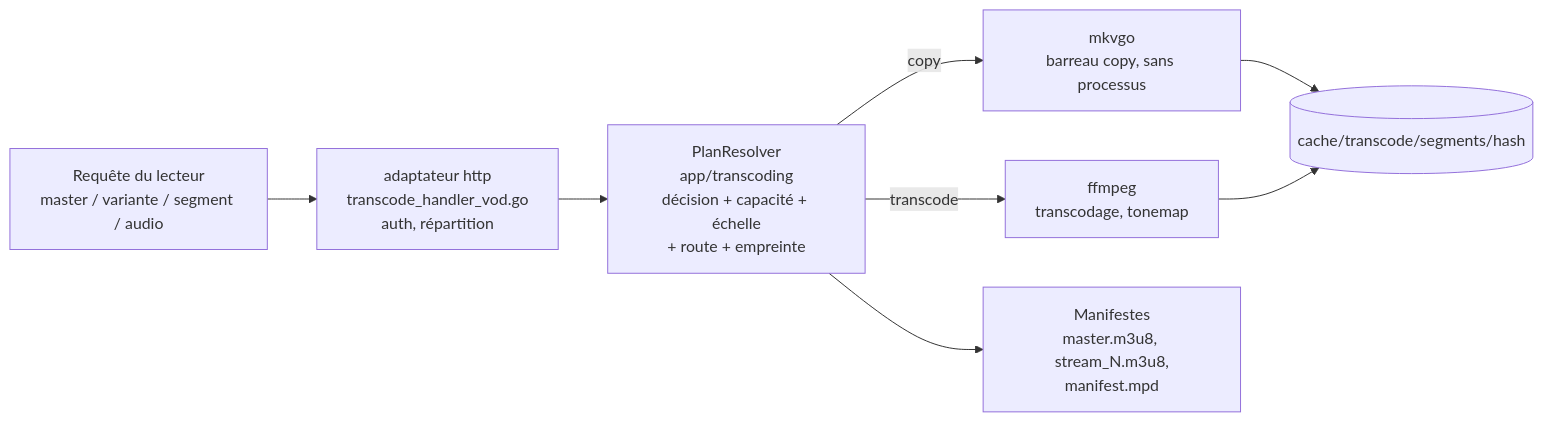
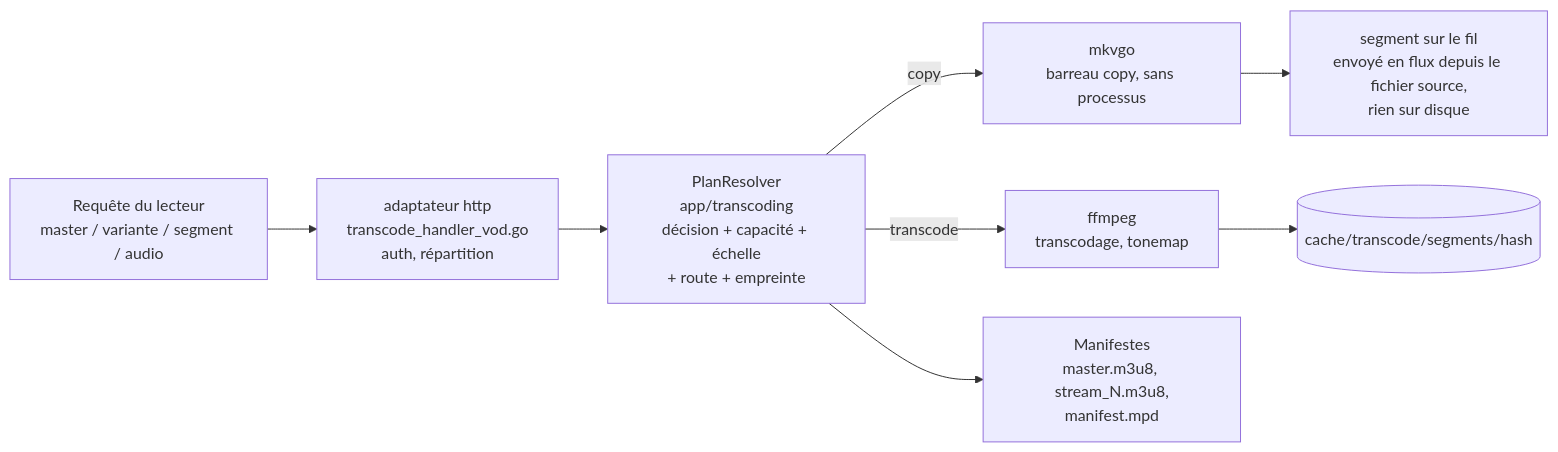
Before and after one commit to eveyproject/evey: the diagram in wiki/translations/fr/playback-serving.md, drawn with Mermaid. The commit also changed other lines of this file and 3 other files, not shown here.

Commit message:
docs(playback): the MKVGo page drops the unmeasured share of playbacks without FFmpeg, the pipeline diagram no longer shows mkvgo writing to the segment cache, and both describe the streamed segments and the subtitle block index from the Cues

````diff
--- a/wiki/translations/fr/playback-serving.md
+++ b/wiki/translations/fr/playback-serving.md
@@ -45,16 +45,17 @@
 ```mermaid
 flowchart LR
     req[Requête du lecteur<br/>master / variante / segment / audio]
     h[adaptateur http<br/>transcode_handler_vod.go<br/>auth, répartition]
     plan[PlanResolver<br/>app/transcoding<br/>décision + capacité + échelle<br/>+ route + empreinte]
     mkv[mkvgo<br/>barreau copy, sans processus]
     ff[ffmpeg<br/>transcodage, tonemap]
     pack[Manifestes<br/>master.m3u8, stream_N.m3u8,<br/>manifest.mpd]
+    wire[segment sur le fil<br/>envoyé en flux depuis le fichier source,<br/>rien sur disque]
     seg[(cache/transcode/segments/hash)]
     req --> h --> plan
     plan -->|copy| mkv
     plan -->|transcode| ff
     plan --> pack
-    mkv --> seg
+    mkv --> wire
     ff --> seg
 ```
````
